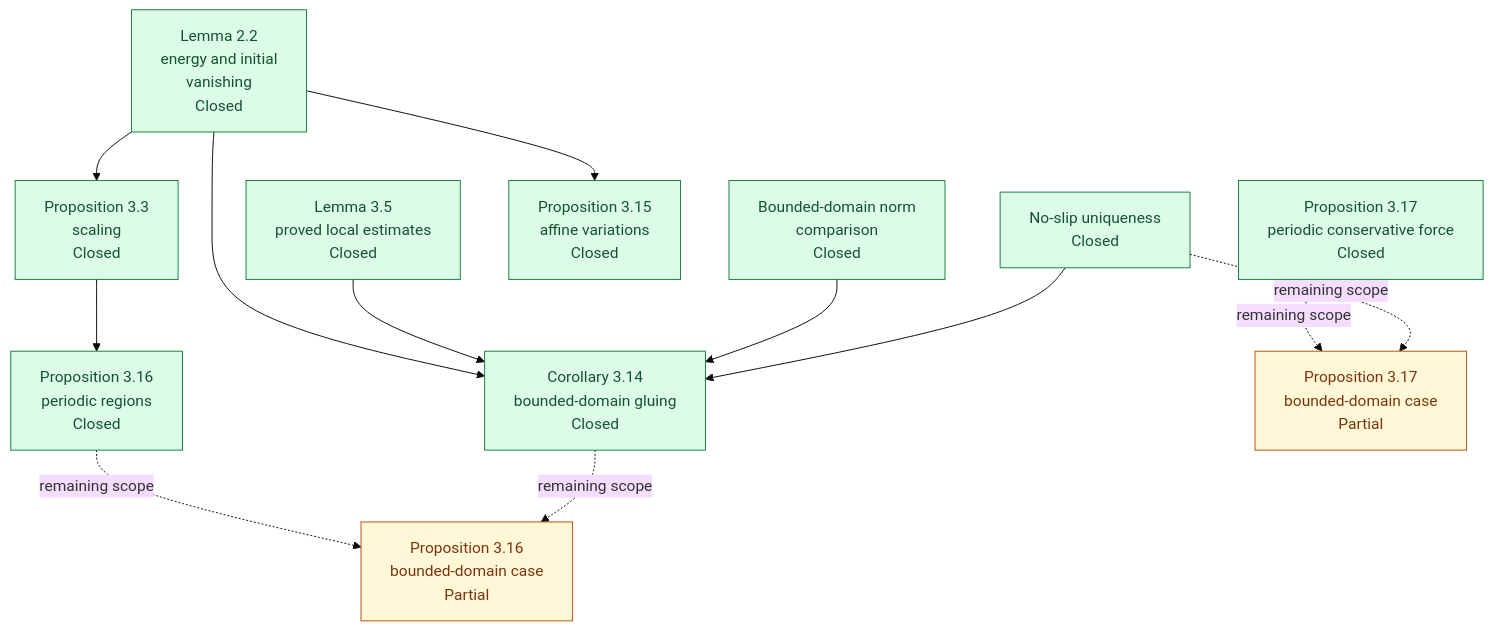
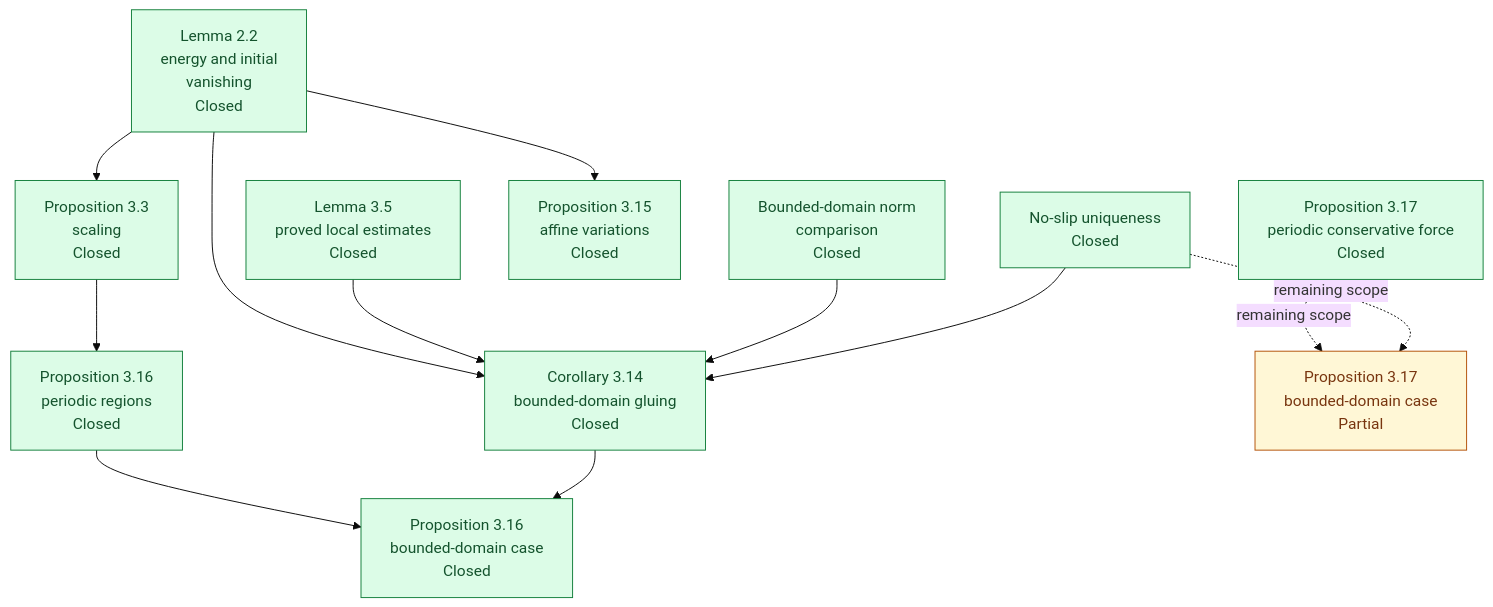
Before and after one commit to mathzhuonichi/blowup_density: the third of 4 diagrams in formalization/blueprint/DEPENDENCY_GRAPH.md, drawn with Mermaid (base theme). The commit also changed other lines of this file and 13 other files, not shown here.

````diff
--- a/formalization/blueprint/DEPENDENCY_GRAPH.md
+++ b/formalization/blueprint/DEPENDENCY_GRAPH.md
@@ -89,30 +89,30 @@
 ```mermaid
 flowchart TD
   E22["Lemma 2.2<br/>energy and initial<br/>vanishing<br/>Closed"]
   C35_LOCAL["Lemma 3.5<br/>proved local estimates<br/>Closed"]
   BN["Bounded-domain norm<br/>comparison<br/>Closed"]
   BU["No-slip uniqueness<br/>Closed"]
   B314["Corollary 3.14<br/>bounded-domain gluing<br/>Closed"]
   A315["Proposition 3.15<br/>affine variations<br/>Closed"]
   S33["Proposition 3.3<br/>scaling<br/>Closed"]
   M316["Proposition 3.16<br/>periodic regions<br/>Closed"]
-  M316_B["Proposition 3.16<br/>bounded-domain case<br/>Partial"]
+  M316_B["Proposition 3.16<br/>bounded-domain case<br/>Closed"]
   C317["Proposition 3.17<br/>periodic conservative force<br/>Closed"]
   C317_B["Proposition 3.17<br/>bounded-domain case<br/>Partial"]
   E22 --> B314
   C35_LOCAL --> B314
   BN --> B314
   BU --> B314
   E22 --> A315
   E22 --> S33
   S33 --> M316
-  M316 -. remaining scope .-> M316_B
-  B314 -. remaining scope .-> M316_B
+  M316 --> M316_B
+  B314 --> M316_B
   C317 -. remaining scope .-> C317_B
   BU -. remaining scope .-> C317_B
   classDef closed fill:#dcfce7,stroke:#15803d,color:#14532d;
   classDef partial fill:#fff7d6,stroke:#b45309,color:#78350f;
   classDef mainResult stroke-width:4px;
-  class E22,C35_LOCAL,BN,BU,B314,A315,S33,M316,C317 closed;
-  class M316_B,C317_B partial;
+  class E22,C35_LOCAL,BN,BU,B314,A315,S33,M316,M316_B,C317 closed;
+  class C317_B partial;
 ```
````
